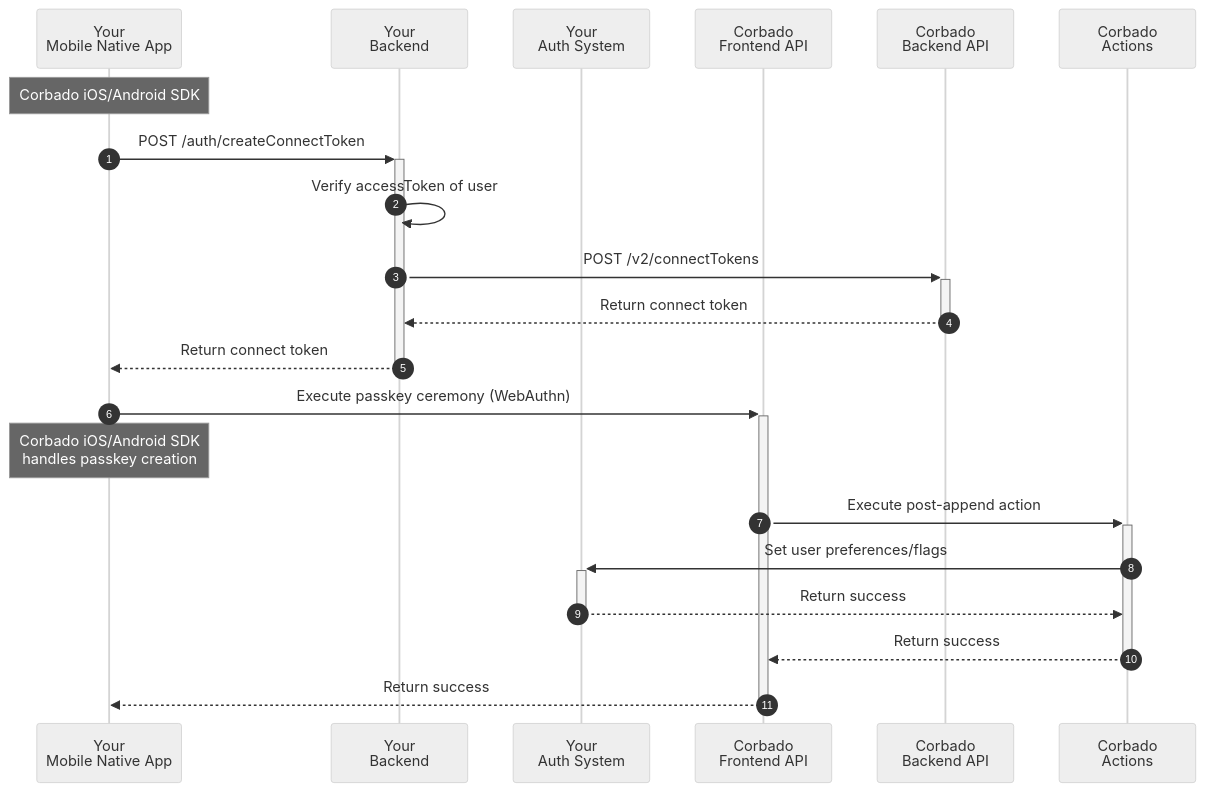
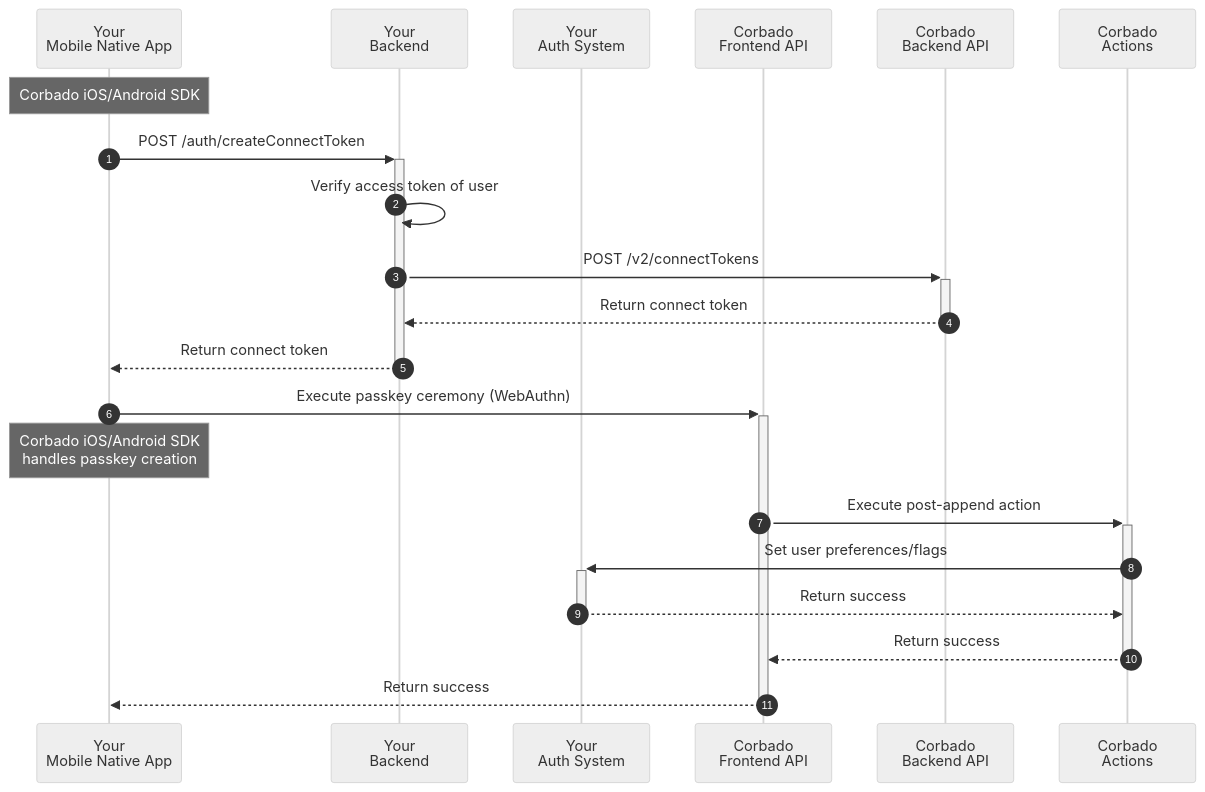
Before and after one commit to corbadotech/docs: the first of 3 diagrams in corbado-connect/integration/generic/native-mobile.mdx, drawn with Mermaid (neutral theme). The commit also changed other lines of this file and 2 other files, not shown here.

Commit message:
Rename access token to access token

````diff
--- a/corbado-connect/integration/generic/native-mobile.mdx
+++ b/corbado-connect/integration/generic/native-mobile.mdx
@@ -314,25 +314,25 @@
 ```mermaid
 sequenceDiagram
     autonumber
     participant App as Your<br/>Mobile Native App
     participant Backend as Your<br/>Backend
     participant IdP as Your<br/>Auth System
     participant FAPI as Corbado<br/>Frontend API
     participant BAPI as Corbado<br/>Backend API
     participant Actions as Corbado<br/>Actions
 
     Note over App: Corbado iOS/Android SDK
     App->>+Backend: POST /auth/createConnectToken
-    Backend->>Backend: Verify accessToken of user
+    Backend->>Backend: Verify access token of user
     Backend->>+BAPI: POST /v2/connectTokens
     BAPI-->>-Backend: Return connect token
     Backend-->>-App: Return connect token
 
     App->>+FAPI: Execute passkey ceremony (WebAuthn)
     Note over App: Corbado iOS/Android SDK<br/>handles passkey creation
     FAPI->>+Actions: Execute post-append action
     Actions->>+IdP: Set user preferences/flags
     IdP-->>-Actions: Return success
     Actions-->>-FAPI: Return success
     FAPI-->>-App: Return success
 ```
````
